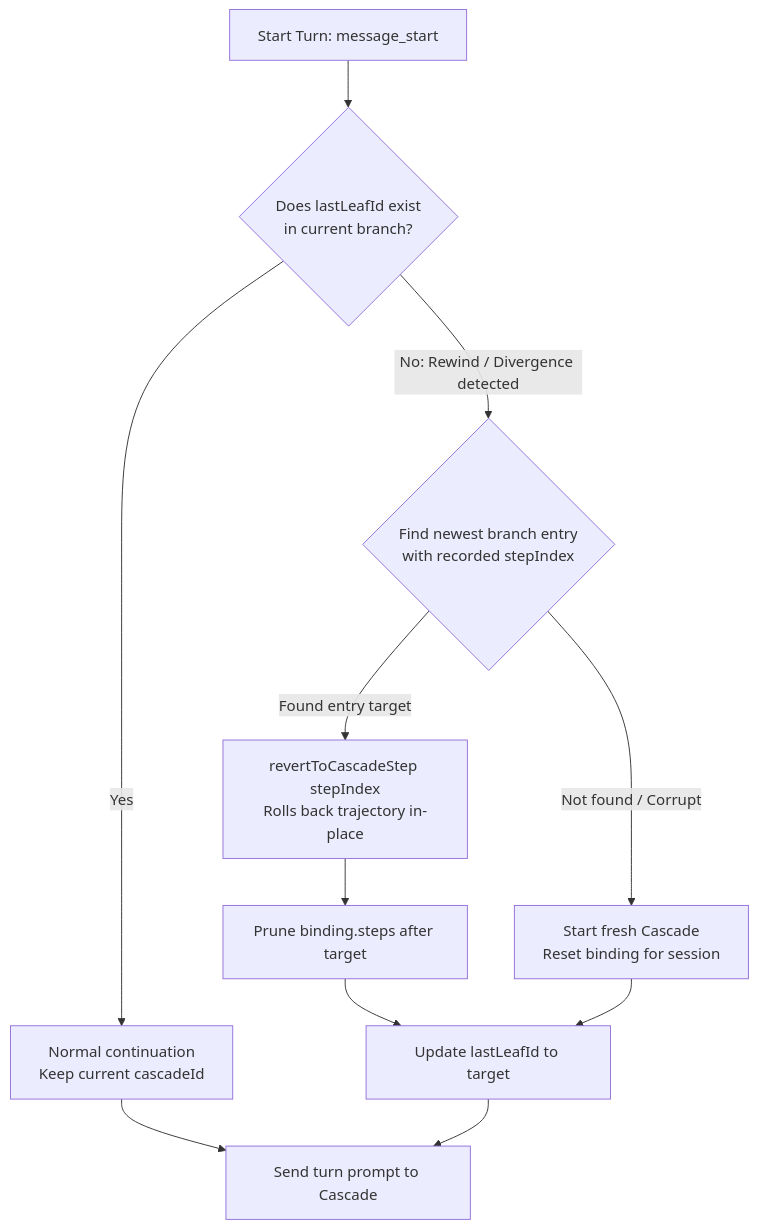
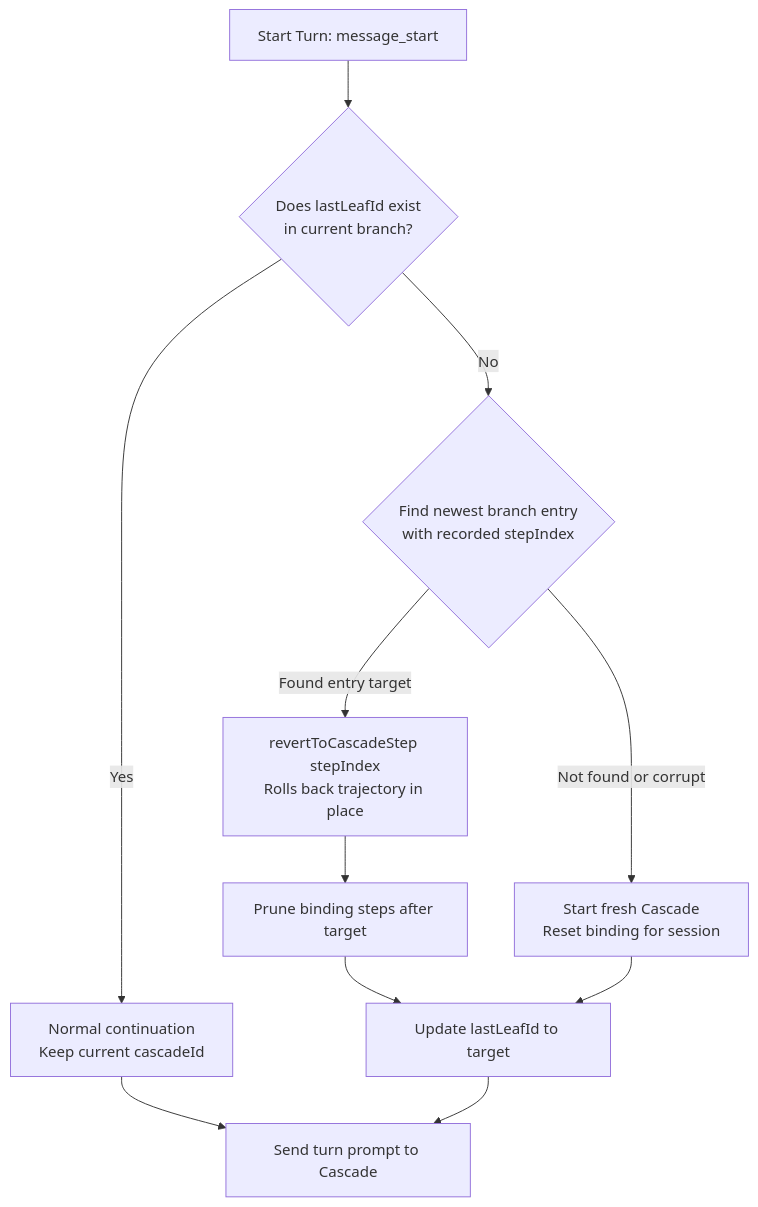
Before and after one commit to Masterisk-F/pi-antigravity-ls-provider: the third of 3 diagrams in docs/ARCHITECTURE.md, drawn with Mermaid. The commit also changed other lines of this file, not shown here.

Commit message:
docs: fix Mermaid syntax errors in ARCHITECTURE.md

````diff
--- a/docs/ARCHITECTURE.md
+++ b/docs/ARCHITECTURE.md
@@ -157,13 +157,13 @@
 ```mermaid
 flowchart TD
-    A[Start Turn: message_start] --> B{Does lastLeafId exist<br>in current branch?}
-    B -->|Yes| C[Normal continuation<br>Keep current cascadeId]
-    B -->|No: Rewind / Divergence detected| D{Find newest branch entry<br>with recorded stepIndex}
-    D -->|Found entry target| E[revertToCascadeStep stepIndex<br>Rolls back trajectory in-place]
-    D -->|Not found / Corrupt| F[Start fresh Cascade<br>Reset binding for session]
-    E --> G[Prune binding.steps after target]
+    A[Start Turn: message_start] --> B{Does lastLeafId exist<br/>in current branch?}
+    B -->|Yes| C[Normal continuation<br/>Keep current cascadeId]
+    B -->|No| D{Find newest branch entry<br/>with recorded stepIndex}
+    D -->|Found entry target| E[revertToCascadeStep stepIndex<br/>Rolls back trajectory in place]
+    D -->|Not found or corrupt| F[Start fresh Cascade<br/>Reset binding for session]
+    E --> G[Prune binding steps after target]
     G --> H[Update lastLeafId to target]
     F --> H
     C --> I[Send turn prompt to Cascade]
     H --> I
 ```
````
